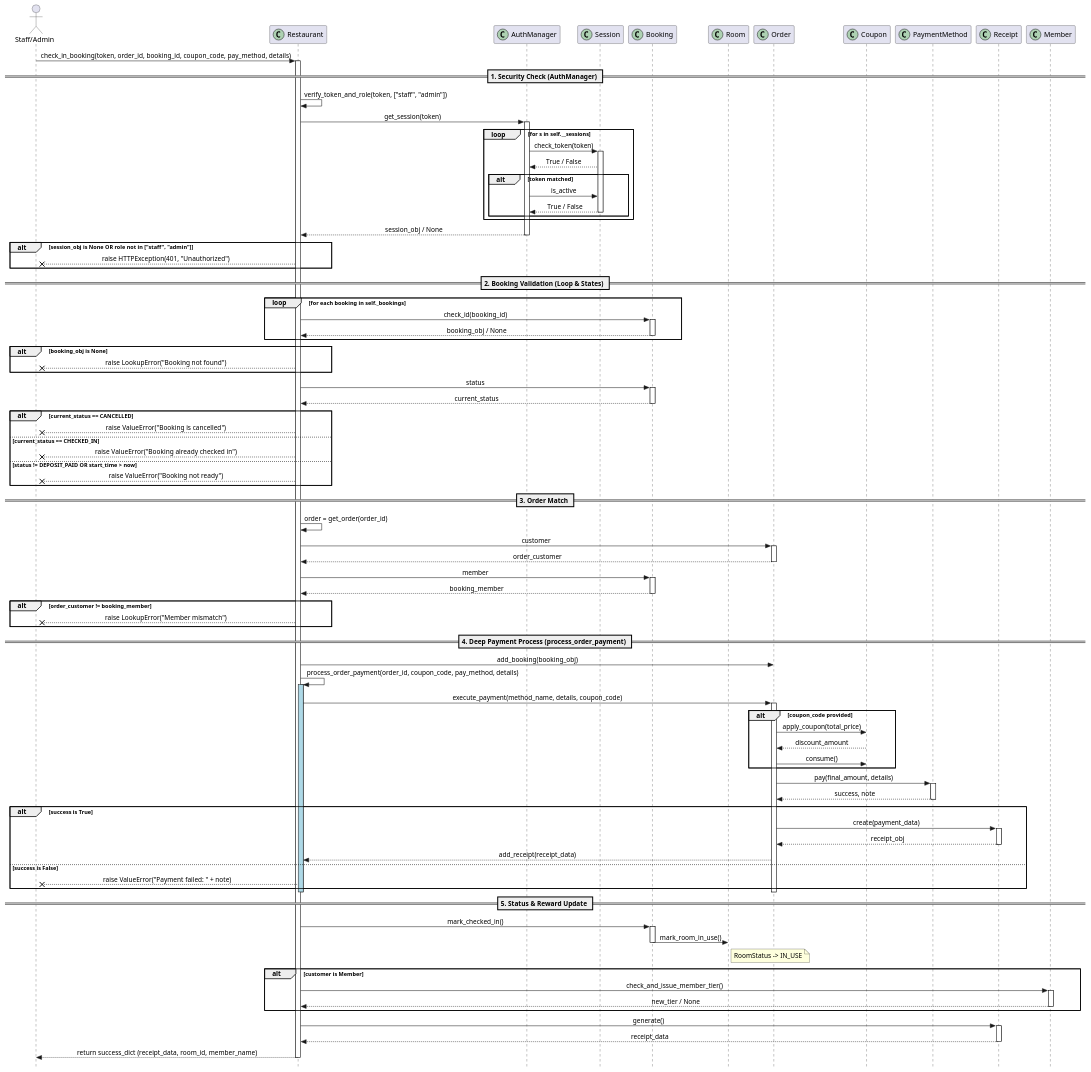
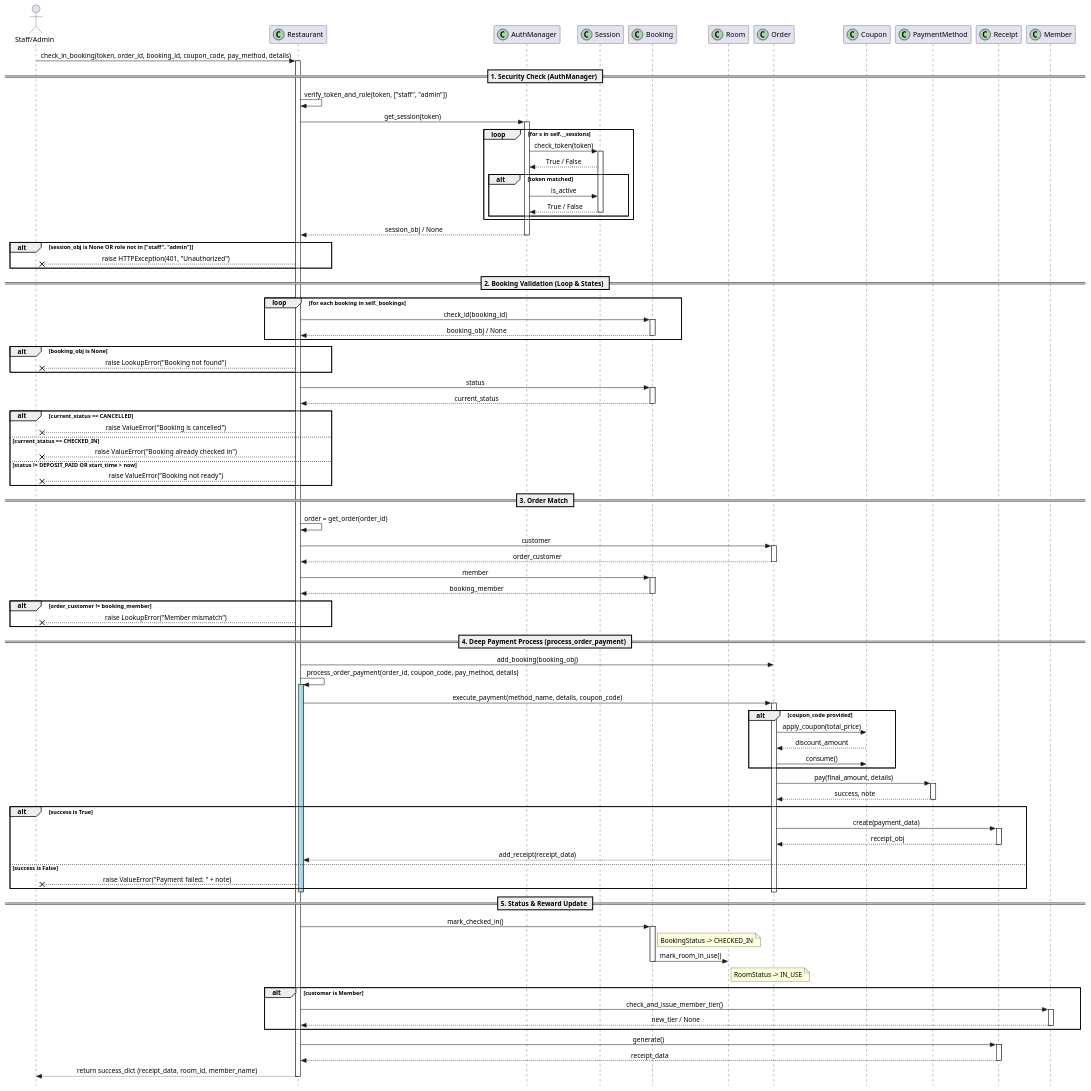
The diagram in shared/doc/checkin_sequence_diagram.puml (twrrippy/knight-chicken-oop), drawn with PlantUML before and after one commit.

```diff
--- a/shared/doc/checkin_sequence_diagram.puml
+++ b/shared/doc/checkin_sequence_diagram.puml
@@ -1,139 +1,140 @@
 @startuml
 skinparam style strictuml
 skinparam sequenceMessageAlignment center
 
 ' --- Participants ระดับเดียวกันด้านบน ---
 actor "Staff/Admin" as S
 participant "Restaurant" as R << (C,#ADD1B2) >>
 participant "AuthManager" as Auth << (C,#ADD1B2) >>
 participant "Session" as SS << (C,#ADD1B2) >>
 participant "Booking" as B << (C,#ADD1B2) >>
 participant "Room" as RM << (C,#ADD1B2) >>
 participant "Order" as O << (C,#ADD1B2) >>
 participant "Coupon" as CP << (C,#ADD1B2) >>
 participant "PaymentMethod" as PM << (C,#ADD1B2) >>
 participant "Receipt" as RCT << (C,#ADD1B2) >>
 participant "Member" as M << (C,#ADD1B2) >>
 
 
 S -> R : check_in_booking(token, order_id, booking_id, coupon_code, pay_method, details)
 activate R
 
     == 1. Security Check (AuthManager) ==
     R -> R : verify_token_and_role(token, ["staff", "admin"])
     R -> Auth : get_session(token)
     activate Auth
         
         loop for s in self.__sessions
             Auth -> SS : check_token(token)
             activate SS
             SS --> Auth : True / False
             
             alt token matched
                 Auth -> SS : is_active
                 SS --> Auth : True / False
                 deactivate SS
             end
         end
         
         Auth --> R : session_obj / None
     deactivate Auth
     
     alt session_obj is None OR role not in ["staff", "admin"]
         R --X S : raise HTTPException(401, "Unauthorized")
     end
 
     == 2. Booking Validation (Loop & States) ==
     loop for each booking in self._bookings
         R -> B : check_id(booking_id)
         activate B
         B --> R : booking_obj / None
         deactivate B
     end
     
     alt booking_obj is None
         R --X S : raise LookupError("Booking not found")
     end
 
     R -> B : status
     activate B
     B --> R : current_status
     deactivate B
     
     alt current_status == CANCELLED
         R --X S : raise ValueError("Booking is cancelled")
     else current_status == CHECKED_IN
         R --X S : raise ValueError("Booking already checked in")
     else status != DEPOSIT_PAID OR start_time > now
         R --X S : raise ValueError("Booking not ready")
     end
 
     == 3. Order Match ==
     R -> R : order = get_order(order_id)
     R -> O : customer
     activate O
     O --> R : order_customer
     deactivate O
     R -> B : member
     activate B
     B --> R : booking_member
     deactivate B
     
     alt order_customer != booking_member
         R --X S : raise LookupError("Member mismatch")
     end
 
     == 4. Deep Payment Process (process_order_payment) ==
     R -> O : add_booking(booking_obj)
     
     R -> R : process_order_payment(order_id, coupon_code, pay_method, details)
     activate R #LightBlue
         R -> O : execute_payment(method_name, details, coupon_code)
         activate O
             
             alt coupon_code provided
                 O -> CP : apply_coupon(total_price)
                 CP --> O : discount_amount
                 O -> CP : consume()
             end
             
             O -> PM : pay(final_amount, details)
             activate PM
                 PM --> O : success, note
             deactivate PM
             
             alt success is True
                 O -> RCT  : create(payment_data)
                 activate RCT
                 RCT --> O : receipt_obj
                 deactivate RCT
                 O --> R : add_receipt(receipt_data)
             else success is False
                 R --X S : raise ValueError("Payment failed: " + note)
             end
         deactivate O
     deactivate R
 
     == 5. Status & Reward Update ==
     R -> B : mark_checked_in()
+    note right of B : BookingStatus -> CHECKED_IN
     activate B
         B -> RM : mark_room_in_use()
         note right of RM : RoomStatus -> IN_USE
     deactivate B
 
     alt customer is Member
         R -> M : check_and_issue_member_tier()
         activate M
         M --> R : new_tier / None
         deactivate M
     end
 
     R -> RCT : generate()
     activate RCT
     RCT --> R : receipt_data
     deactivate RCT
 
     R --> S : return success_dict (receipt_data, room_id, member_name)
 
 deactivate R
 @enduml
```
